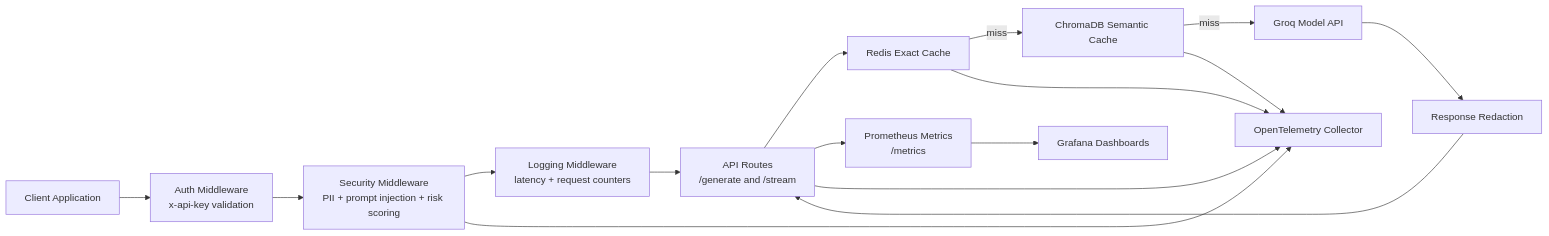
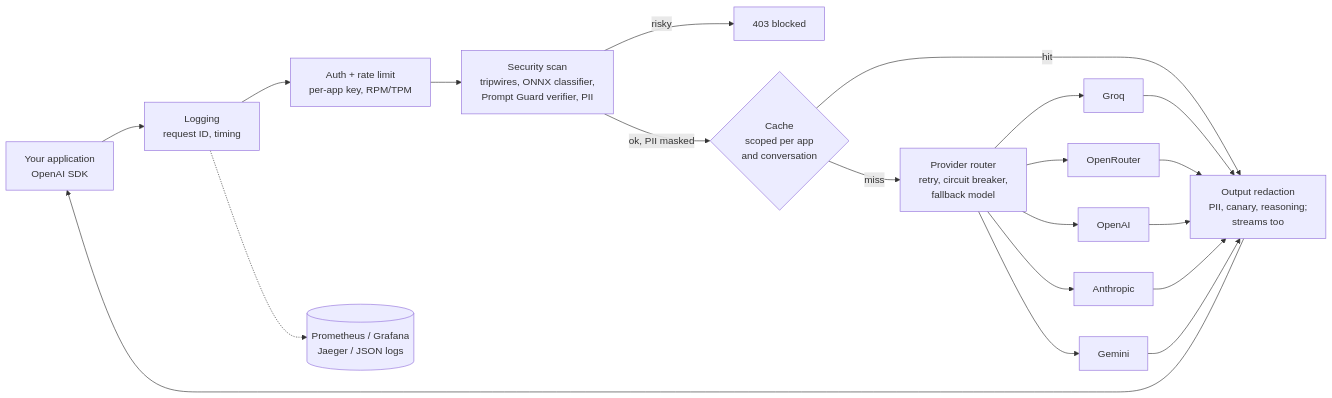
Before and after one commit to sunjinwoo1298/AI_Guardrail: the diagram in README.MD, drawn with Mermaid. The commit also changed other lines of this file and 8 other files, not shown here.

````diff
--- a/README.MD
+++ b/README.MD
@@ -37,27 +60,14 @@
 ```mermaid
 flowchart LR
-    Client[Client Application]
-    Auth[Auth Middleware<br/>x-api-key validation]
-    Security[Security Middleware<br/>PII + prompt injection + risk scoring]
-    Logging[Logging Middleware<br/>latency + request counters]
-    Router[API Routes<br/>/generate and /stream]
-    ExactCache[Redis Exact Cache]
-    SemanticCache[ChromaDB Semantic Cache]
-    Groq[Groq Model API]
-    Redaction[Response Redaction]
-    Metrics[Prometheus Metrics<br/>/metrics]
-    Grafana[Grafana Dashboards]
-    OTel[OpenTelemetry Collector]
-
-    Client --> Auth --> Security --> Logging --> Router
-    Router --> ExactCache
-    ExactCache -->|miss| SemanticCache
-    SemanticCache -->|miss| Groq
-    Groq --> Redaction --> Router
-    Router --> Metrics
-    Metrics --> Grafana
-    Router --> OTel
-    Security --> OTel
-    ExactCache --> OTel
-    SemanticCache --> OTel
+    App[Your application<br/>OpenAI SDK] --> Log[Logging<br/>request ID, timing]
+    Log --> Auth[Auth + rate limit<br/>per-app key, RPM/TPM]
+    Auth --> Sec[Security scan<br/>tripwires, ONNX classifier,<br/>Prompt Guard verifier, PII]
+    Sec -- risky --> Block[403 blocked]
+    Sec -- ok, PII masked --> Cache{Cache<br/>scoped per app<br/>and conversation}
+    Cache -- hit --> Out
+    Cache -- miss --> Router[Provider router<br/>retry, circuit breaker,<br/>fallback model]
+    Router --> Groq & OpenRouter & OpenAI & Anthropic & Gemini
+    Groq & OpenRouter & OpenAI & Anthropic & Gemini --> Out[Output redaction<br/>PII, canary, reasoning;<br/>streams too]
+    Out --> App
+    Log -.-> Obs[(Prometheus / Grafana<br/>Jaeger / JSON logs)]
 ```
````
